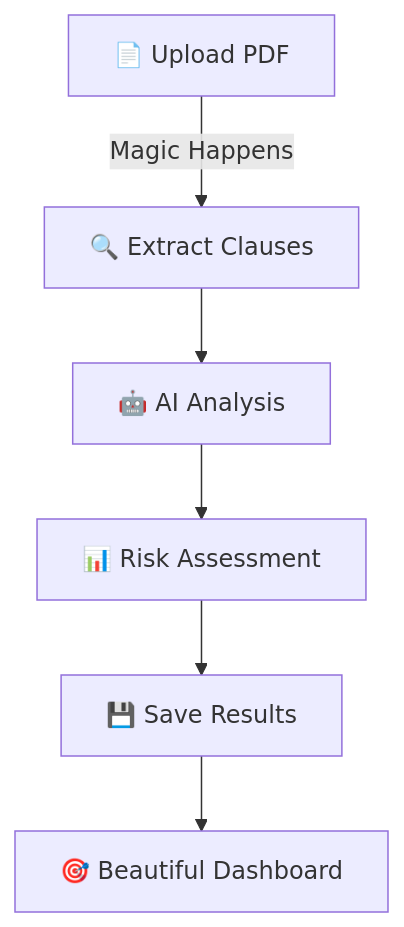
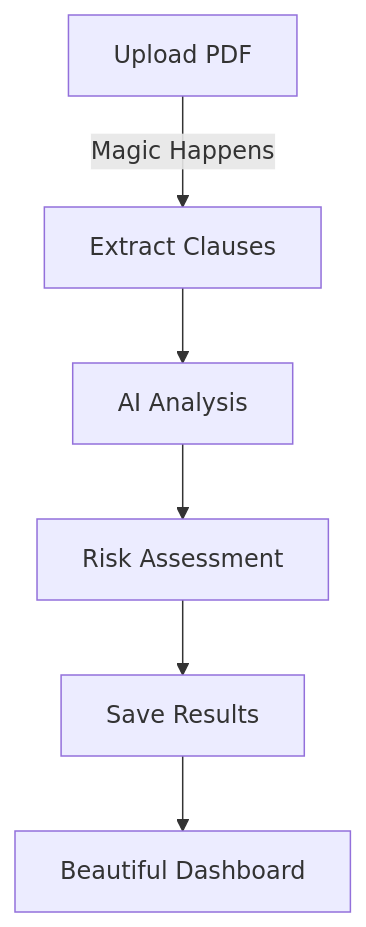
The diagram in README.md (Asmith-M/ClauseIQ), drawn with Mermaid before and after one commit. The commit also changed other lines of this file, not shown here.

````diff
--- a/README.md
+++ b/README.md
@@ -76,8 +76,8 @@
 ```mermaid
 graph TD
-    A[📄 Upload PDF] -->|Magic Happens| B[🔍 Extract Clauses]
-    B --> C[🤖 AI Analysis]
-    C --> D[📊 Risk Assessment]
-    D --> E[💾 Save Results]
-    E --> F[🎯 Beautiful Dashboard]
+    A[ Upload PDF] -->|Magic Happens| B[ Extract Clauses]
+    B --> C[ AI Analysis]
+    C --> D[ Risk Assessment]
+    D --> E[ Save Results]
+    E --> F[ Beautiful Dashboard]
 ```
````
